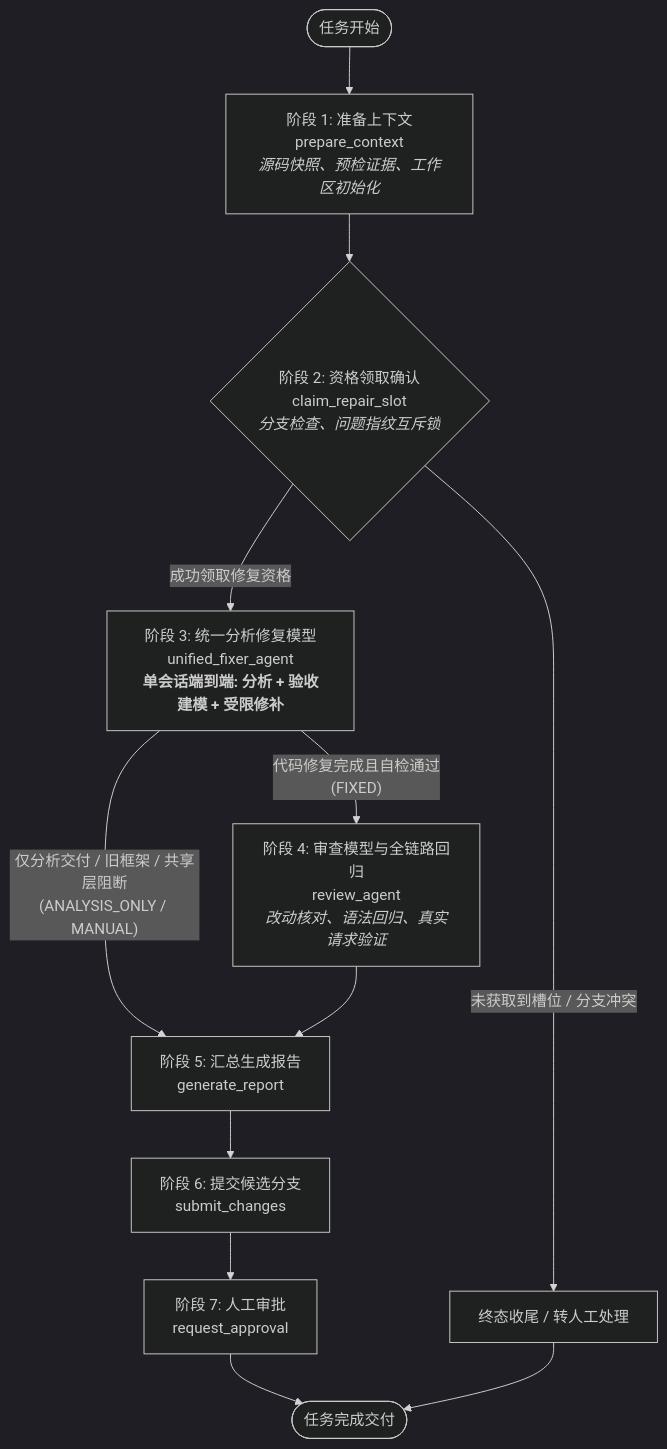
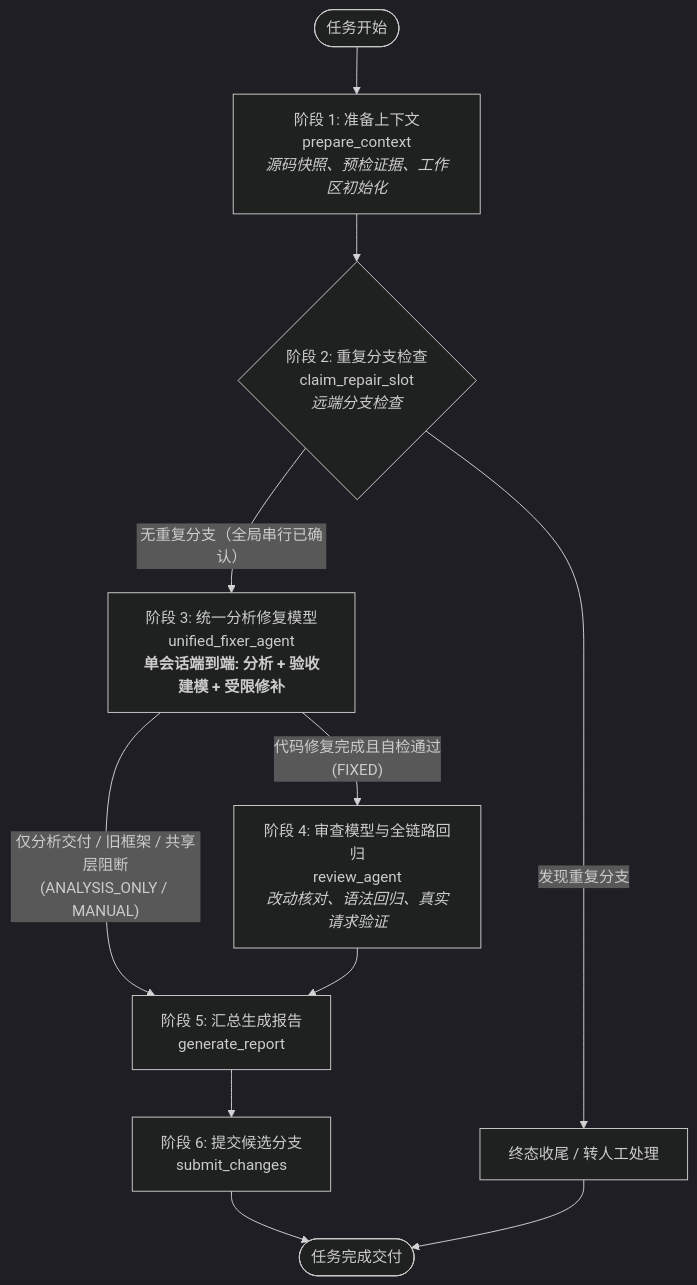
The first of 2 diagrams in README.md (zqy1023/ai-bug-fix), drawn with Mermaid (dark theme) before and after one commit. The commit also changed other lines of this file and 315 other files, not shown here.

````diff
--- a/README.md
+++ b/README.md
@@ -11,23 +11,21 @@
 ```mermaid
 flowchart TD
     Start([任务开始]) --> S1[阶段 1: 准备上下文<br/>prepare_context<br/><i>源码快照、预检证据、工作区初始化</i>]
     
-    S1 --> S2{阶段 2: 资格领取确认<br/>claim_repair_slot<br/><i>分支检查、问题指纹互斥锁</i>}
+    S1 --> S2{阶段 2: 重复分支检查<br/>claim_repair_slot<br/><i>远端分支检查</i>}
     
-    S2 -- "未获取到槽位 / 分支冲突" --> EndManual[终态收尾 / 转人工处理]
+    S2 -- "发现重复分支" --> EndManual[终态收尾 / 转人工处理]
     
-    S2 -- "成功领取修复资格" --> S3[阶段 3: 统一分析修复模型<br/>unified_fixer_agent<br/><b>单会话端到端: 分析 + 验收建模 + 受限修补</b>]
+    S2 -- "无重复分支（全局串行已确认）" --> S3[阶段 3: 统一分析修复模型<br/>unified_fixer_agent<br/><b>单会话端到端: 分析 + 验收建模 + 受限修补</b>]
     
     S3 -- "仅分析交付 / 旧框架 / 共享层阻断<br/>(ANALYSIS_ONLY / MANUAL)" --> S5[阶段 5: 汇总生成报告<br/>generate_report]
     
     S3 -- "代码修复完成且自检通过<br/>(FIXED)" --> S4[阶段 4: 审查模型与全链路回归<br/>review_agent<br/><i>改动核对、语法回归、真实请求验证</i>]
     
     S4 --> S5
     
     S5 --> S6[阶段 6: 提交候选分支<br/>submit_changes]
     
-    S6 --> S7[阶段 7: 人工审批<br/>request_approval]
-    
-    S7 --> End([任务完成交付])
+    S6 --> End([任务完成交付])
     EndManual --> End
 ```
````
